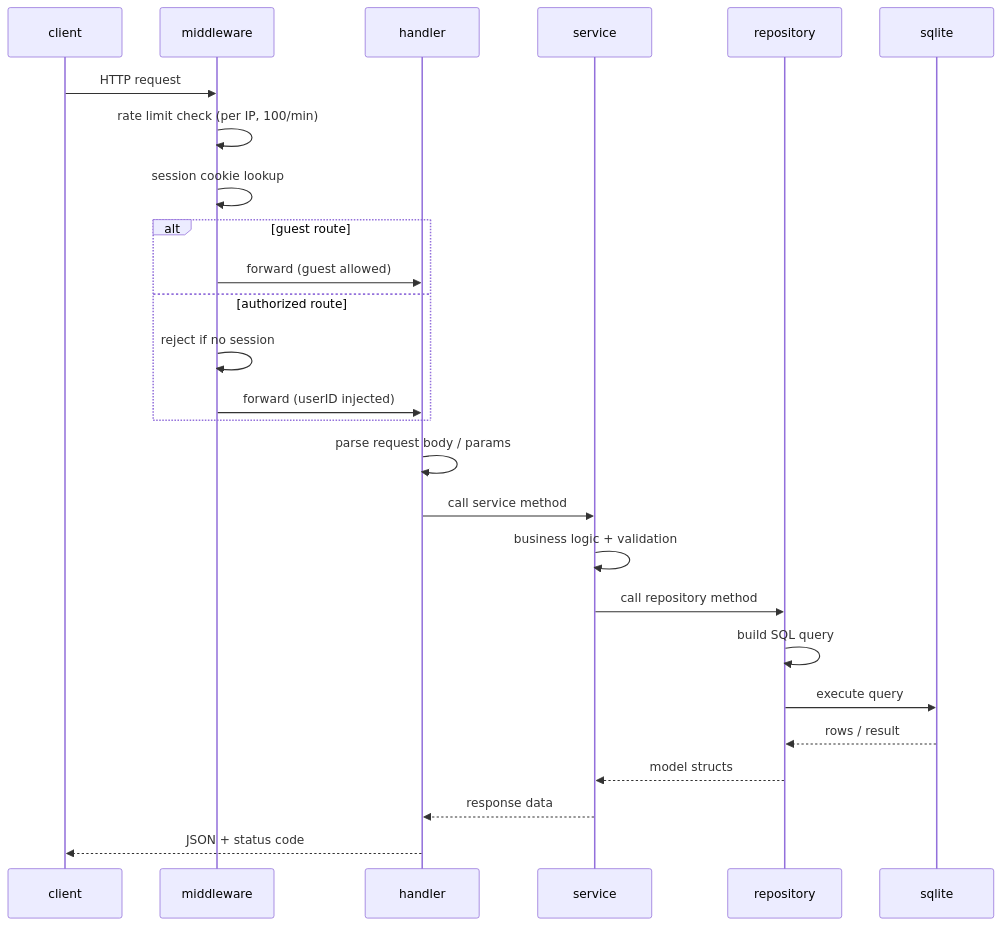
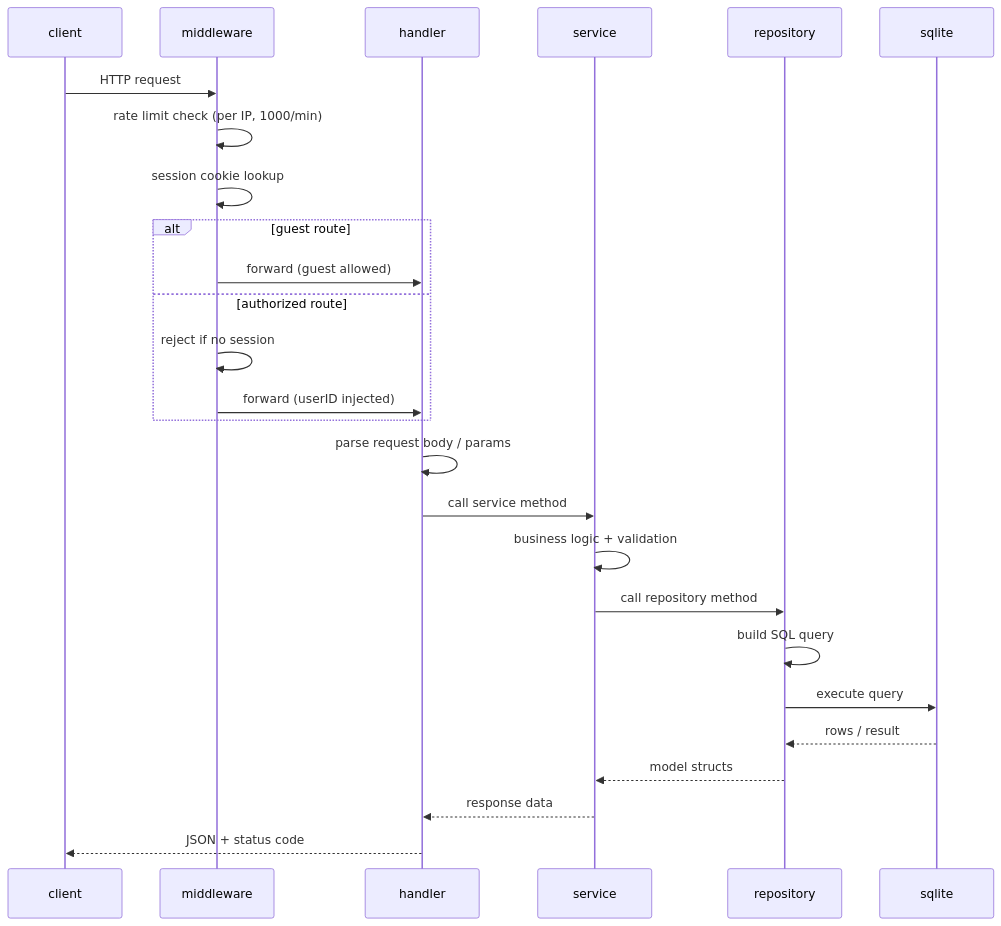
One commit to mrshD3IM05/social-network changed the second of 9 diagrams in backend/readme.md. Above: the diagram before and after it, drawn with Mermaid. The commit also changed other lines of this file and 1 other file, not shown here.

Commit message:
fix(middleware): align the rate limit with its header and stop the map growing
The limiter allowed 1000 requests a minute while the X-RateLimit-Limit
header and the readme both said 100. The header and the docs now report
the real value.

Client windows were never removed, so the map grew for the life of the
process. Windows untouched for ten minutes are swept, at most once per
limiter window.

````diff
--- a/backend/readme.md
+++ b/backend/readme.md
@@ -120,29 +120,29 @@
 ```mermaid
 sequenceDiagram
     participant C as client
     participant MW as middleware
     participant H as handler
     participant S as service
     participant R as repository
     participant DB as sqlite
 
     C->>MW: HTTP request
-    MW->>MW: rate limit check (per IP, 100/min)
+    MW->>MW: rate limit check (per IP, 1000/min)
     MW->>MW: session cookie lookup
     alt guest route
         MW->>H: forward (guest allowed)
     else authorized route
         MW->>MW: reject if no session
         MW->>H: forward (userID injected)
     end
     H->>H: parse request body / params
     H->>S: call service method
     S->>S: business logic + validation
     S->>R: call repository method
     R->>R: build SQL query
     R->>DB: execute query
     DB-->>R: rows / result
     R-->>S: model structs
     S-->>H: response data
     H-->>C: JSON + status code
 ```
````
